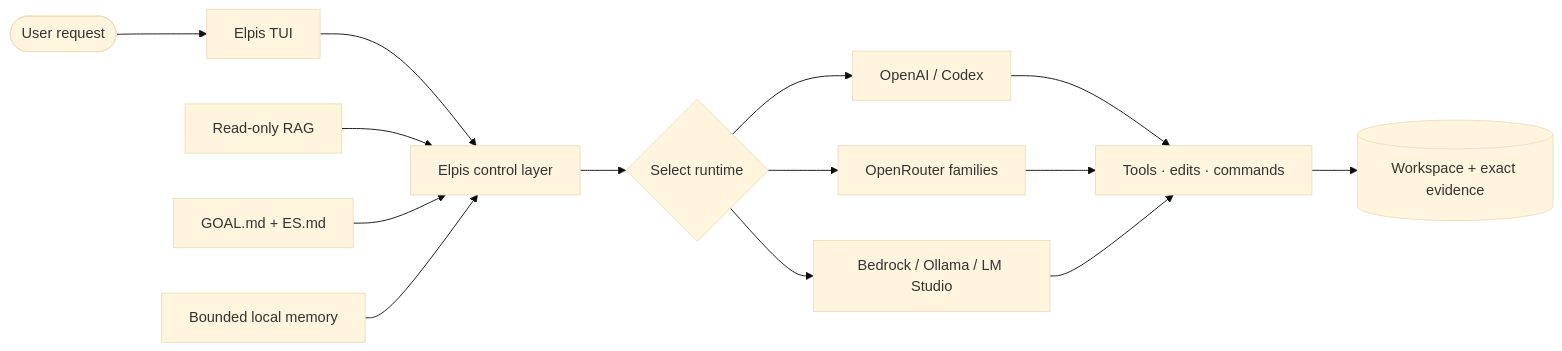
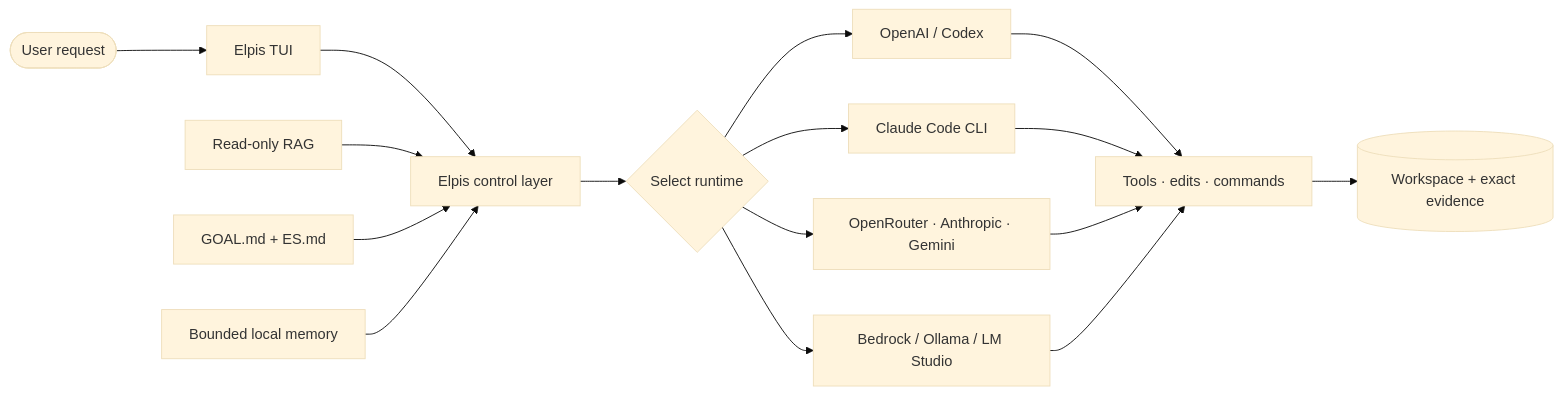
The first of 6 diagrams in readme.md (MasihMoafi/A-Modular-Kingdom), drawn with Mermaid (base theme) before and after one commit. The commit also changed other lines of this file and 1 other file, not shown here.

Commit message:
docs: takeover-mode direction for /claude-code, distribution strategy, context-saved metric; README rewritten around the pruning differentiator

````diff
--- a/readme.md
+++ b/readme.md
@@ -57,16 +69,18 @@
 ```mermaid
 flowchart LR
     user([User request]) --> tui["Elpis TUI"]
     tui --> control["Elpis control layer"]
     rag["Read-only RAG"] --> control
     portable["GOAL.md + ES.md"] --> control
     memory["Bounded local memory"] --> control
     control --> runtime{"Select runtime"}
     runtime --> openai["OpenAI / Codex"]
-    runtime --> router["OpenRouter families"]
+    runtime --> claude["Claude Code CLI"]
+    runtime --> router["OpenRouter · Anthropic · Gemini"]
     runtime --> other["Bedrock / Ollama / LM Studio"]
     openai --> execution["Tools · edits · commands"]
+    claude --> execution
     router --> execution
     other --> execution
     execution --> evidence[("Workspace + exact evidence")]
 ```
````
